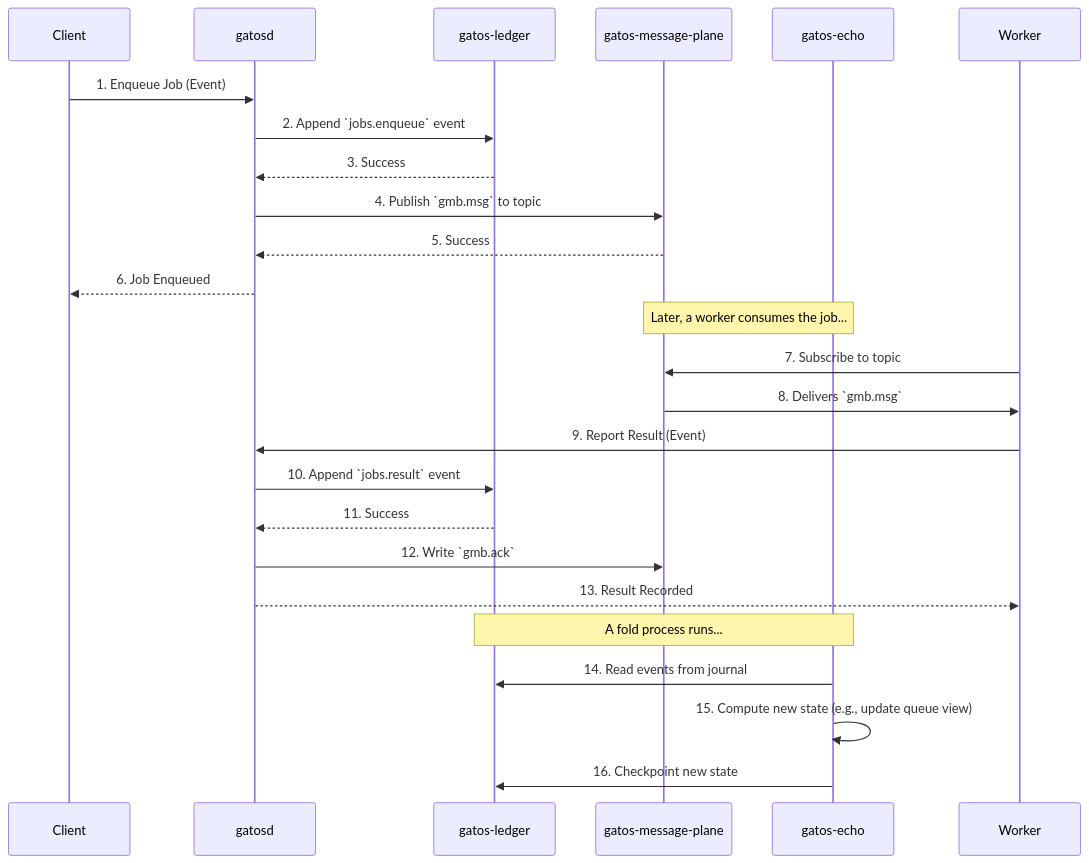
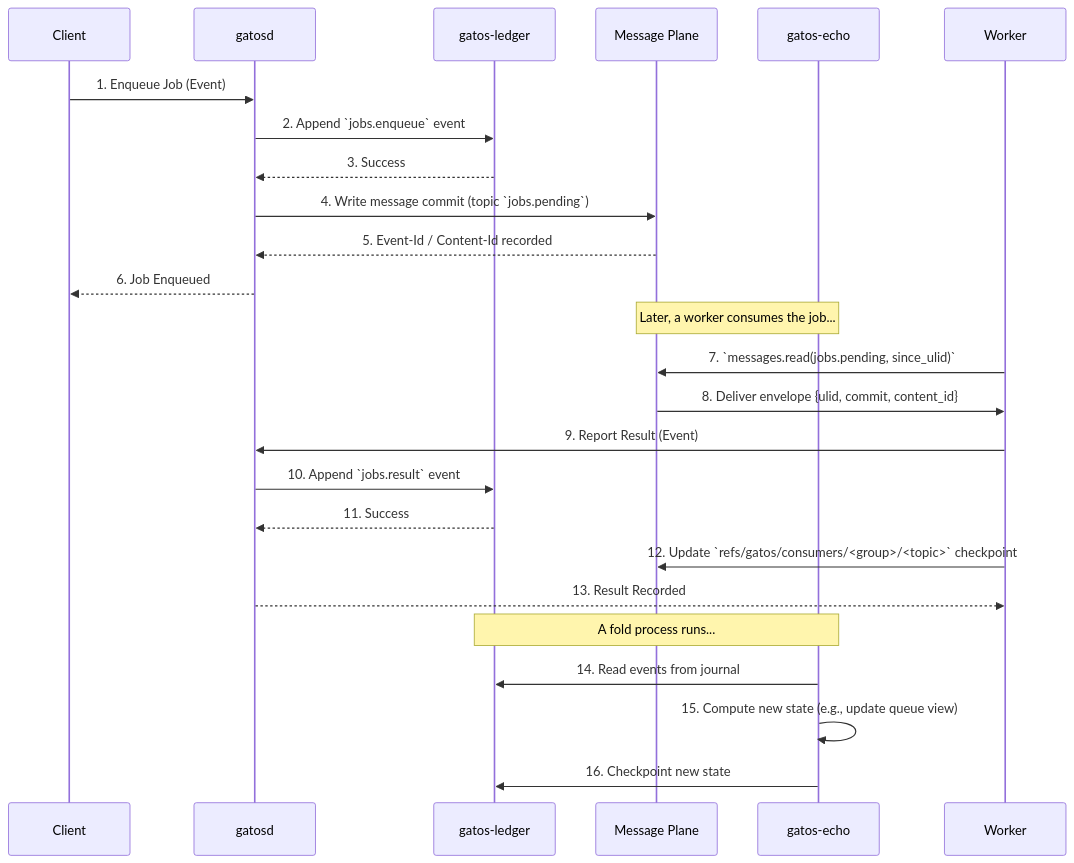
The diagram in docs/diagrams/data_flow.md (flyingrobots/gatos), drawn with Mermaid before and after one commit. The commit also changed 14 other files, not shown here.

````diff
--- a/docs/diagrams/data_flow.md
+++ b/docs/diagrams/data_flow.md
@@ -11,31 +11,31 @@
 ```mermaid
 sequenceDiagram
     participant Client
     participant Daemon as gatosd
     participant Ledger as gatos-ledger
-    participant Bus as gatos-message-plane
+    participant Bus as Message Plane
     participant State as gatos-echo
 
     Client->>Daemon: 1. Enqueue Job (Event)
     Daemon->>Ledger: 2. Append `jobs.enqueue` event
     Ledger-->>Daemon: 3. Success
-    Daemon->>Bus: 4. Publish `gmb.msg` to topic
-    Bus-->>Daemon: 5. Success
+    Daemon->>Bus: 4. Write message commit (topic `jobs.pending`)
+    Bus-->>Daemon: 5. Event-Id / Content-Id recorded
     Daemon-->>Client: 6. Job Enqueued
 
     Note over Bus,State: Later, a worker consumes the job...
 
     participant Worker
-    Worker->>Bus: 7. Subscribe to topic
-    Bus->>Worker: 8. Delivers `gmb.msg`
+    Worker->>Bus: 7. `messages.read(jobs.pending, since_ulid)`
+    Bus->>Worker: 8. Deliver envelope {ulid, commit, content_id}
     Worker->>Daemon: 9. Report Result (Event)
     Daemon->>Ledger: 10. Append `jobs.result` event
     Ledger-->>Daemon: 11. Success
-    Daemon->>Bus: 12. Write `gmb.ack`
+    Worker->>Bus: 12. Update `refs/gatos/consumers/<group>/<topic>` checkpoint
     Daemon-->>Worker: 13. Result Recorded
 
     Note over Ledger,State: A fold process runs...
     State->>Ledger: 14. Read events from journal
     State->>State: 15. Compute new state (e.g., update queue view)
     State->>Ledger: 16. Checkpoint new state
 ```
````
